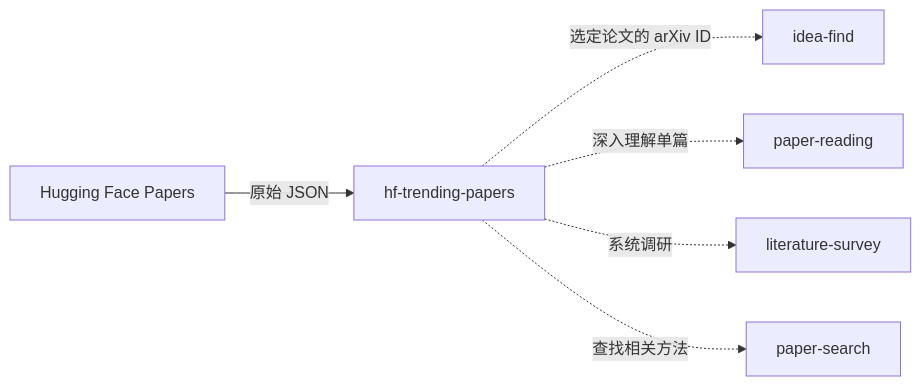
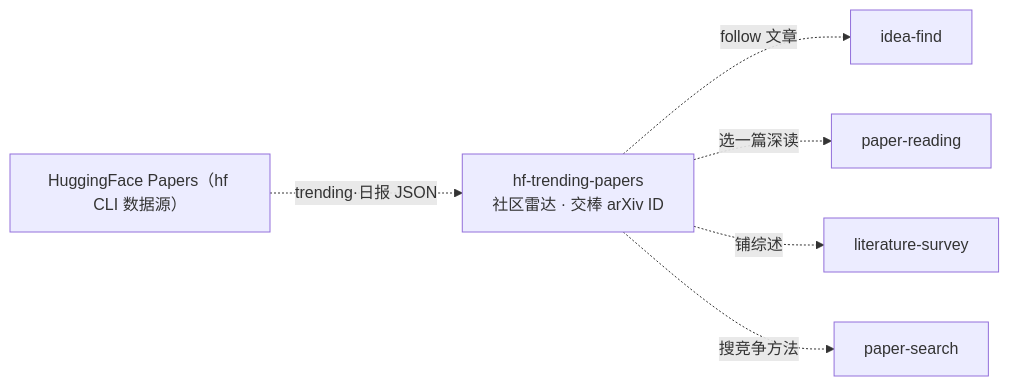
One commit to jackwang0108/dl-assistant changed the first of 2 diagrams in plugins/dl-assistant/skills/hf-trending-papers/SKILL.md. Above: the diagram before and after it, drawn with Mermaid. The commit also changed other lines of this file and 256 other files, not shown here.

````diff
--- a/plugins/dl-assistant/skills/hf-trending-papers/SKILL.md
+++ b/plugins/dl-assistant/skills/hf-trending-papers/SKILL.md
@@ -12,8 +18,9 @@
 ```mermaid
 flowchart LR
-    SRC[Hugging Face Papers] -->|原始 JSON| HF[hf-trending-papers]
-    HF -.->|选定论文的 arXiv ID| IF[idea-find]
-    HF -.->|深入理解单篇| PR[paper-reading]
-    HF -.->|系统调研| LS[literature-survey]
-    HF -.->|查找相关方法| PS[paper-search]
+    SRC["HuggingFace Papers（hf CLI 数据源）"] -.->|trending·日报 JSON| HF
+    HF["hf-trending-papers<br/>社区雷达 · 交棒 arXiv ID"]
+    HF -.->|follow 文章| IF[idea-find]
+    HF -.->|选一篇深读| PR[paper-reading]
+    HF -.->|铺综述| LS[literature-survey]
+    HF -.->|搜竞争方法| PS[paper-search]
 ```
````
